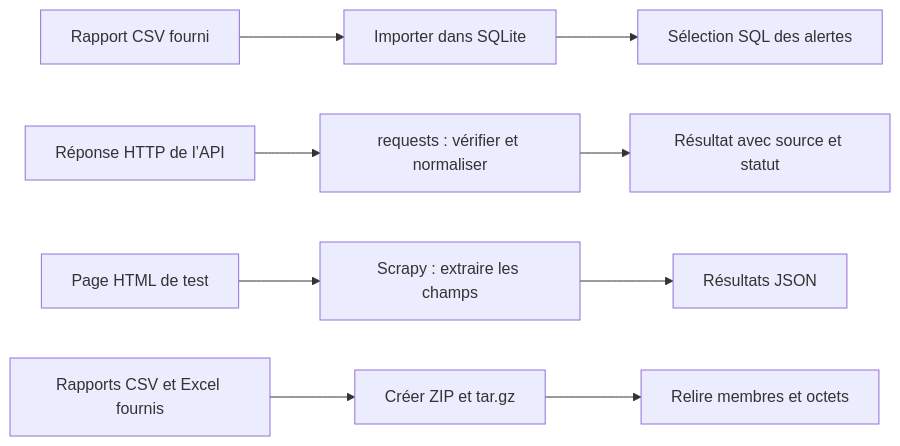
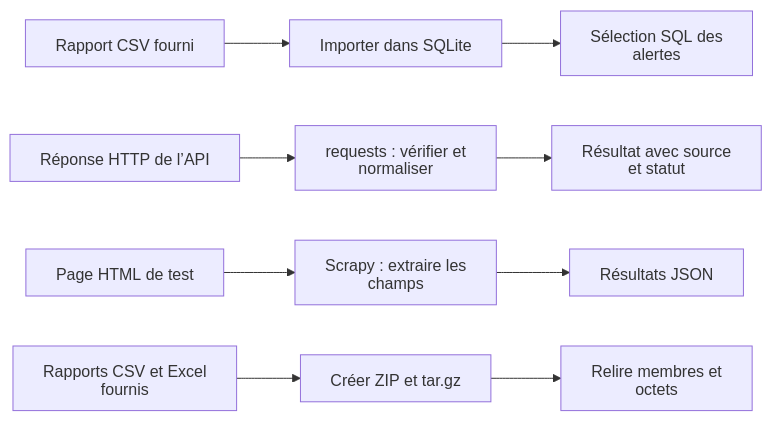
One commit to lapeyrade/formation-python changed the first of 2 diagrams in ateliers/05/README.md. Above: the diagram before and after it, drawn with Mermaid. The commit also changed other lines of this file and 17 other files, not shown here.

Commit message:
Guider les débutants dans la lecture et la réalisation des TP

````diff
--- a/ateliers/05/README.md
+++ b/ateliers/05/README.md
@@ -14,13 +16,14 @@
 ```mermaid
+%%{init: {"htmlLabels": false, "flowchart": {"htmlLabels": false}}}%%
 flowchart LR
   accTitle: Les quatre blocs indépendants du TP05
   accDescr: Le rapport CSV est importé dans SQLite puis interrogé. requests normalise les réponses d’une API. Scrapy extrait une page HTML. Les fichiers CSV et Excel sont archivés et leurs membres sont relus.
   C["Rapport CSV fourni"] --> B["Importer dans SQLite"]
-  B --> Q["Sélection SQL des alertes"]
-  API["Réponse HTTP de l’API"] --> REQ["requests : vérifier et normaliser"]
-  REQ --> GEO["Résultat avec source et statut"]
-  H["Page HTML de test"] --> S["Scrapy : extraire les champs"]
+  B --> Q["Sélection SQL des<br/>alertes"]
+  API["Réponse HTTP de l’API"] --> REQ["requests : vérifier et<br/>normaliser"]
+  REQ --> GEO["Résultat avec source<br/>et statut"]
+  H["Page HTML de test"] --> S["Scrapy : extraire les<br/>champs"]
   S --> JSON["Résultats JSON"]
-  F["Rapports CSV et Excel fournis"] --> A["Créer ZIP et tar.gz"]
-  A --> V["Relire membres et octets"]
+  F["Rapports CSV et Excel<br/>fournis"] --> A["Créer ZIP et tar.gz"]
+  A --> V["Relire membres et<br/>octets"]
 ```
````
